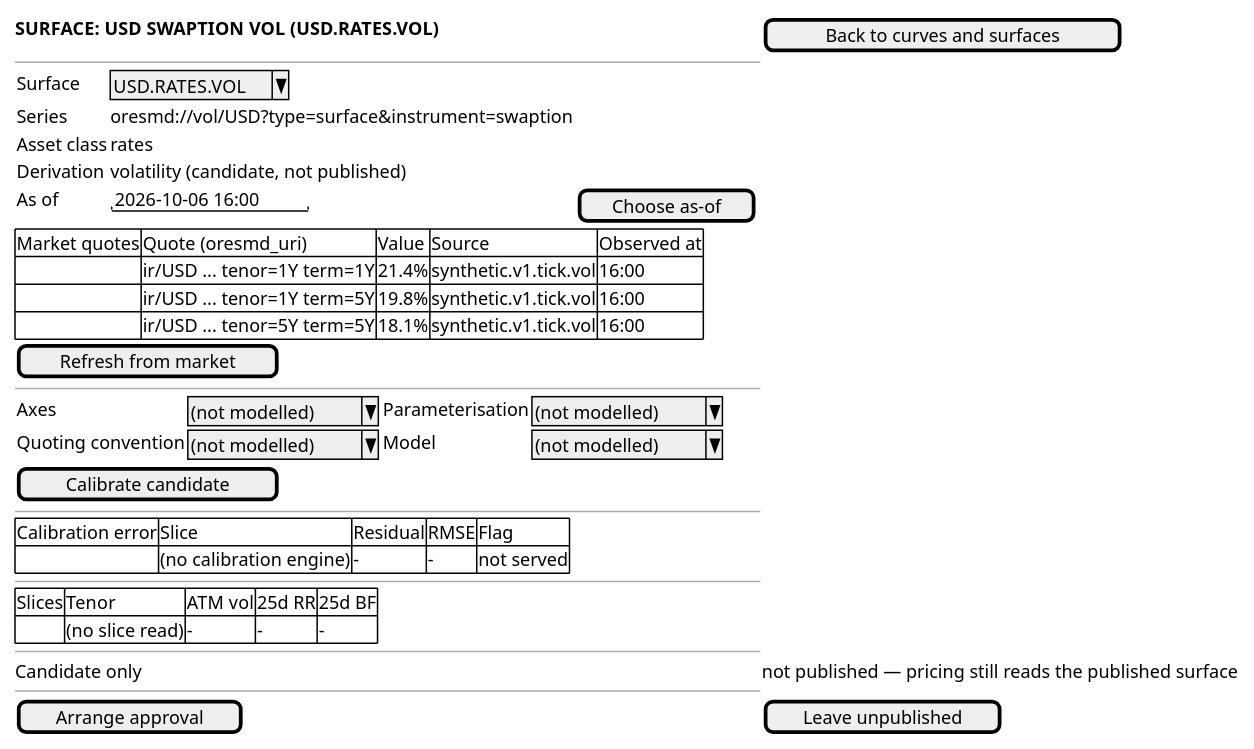
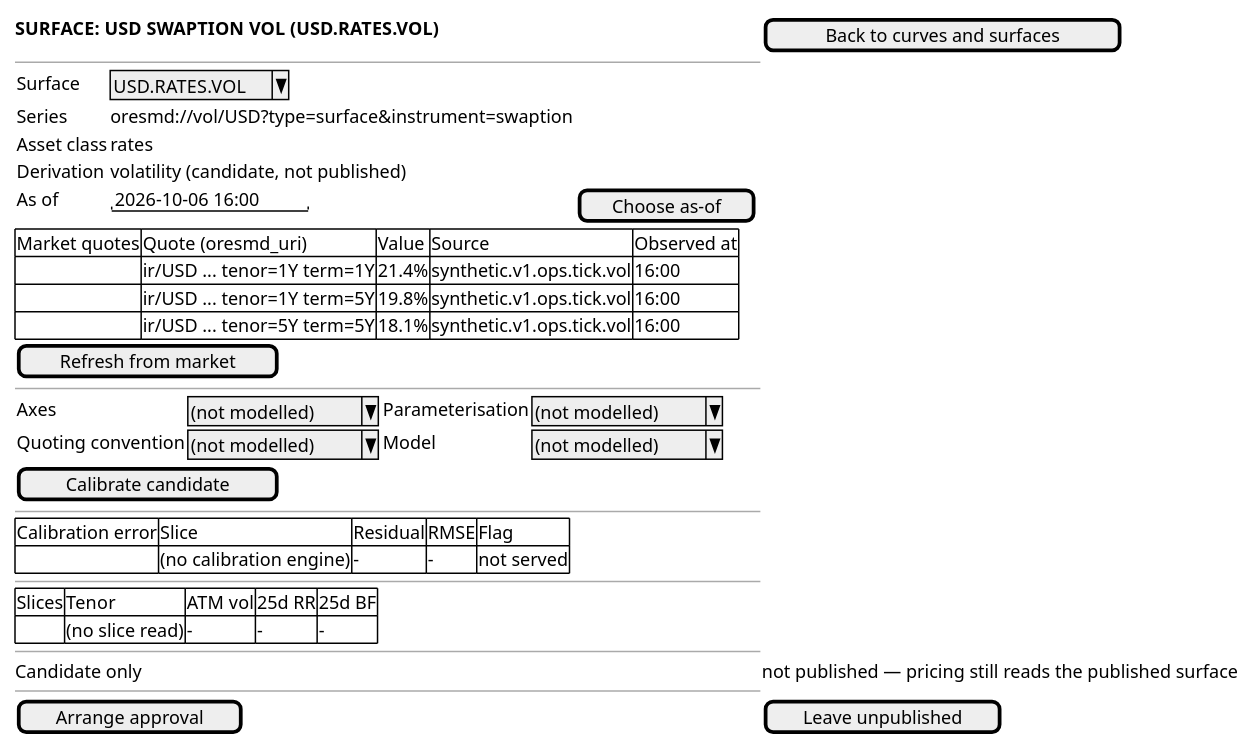
Before and after one commit to OreStudio/OreStudio: the diagram in doc/knowledge/journeys/market_data/wireframe_calibrate-or-refresh-a-surface.puml, drawn with PlantUML. The commit also changed 52 other files, not shown here.

```diff
--- a/doc/knowledge/journeys/market_data/wireframe_calibrate-or-refresh-a-surface.puml
+++ b/doc/knowledge/journeys/market_data/wireframe_calibrate-or-refresh-a-surface.puml
@@ -18,43 +18,43 @@
 @startuml
 
 salt
 {
   <b>SURFACE: USD SWAPTION VOL (USD.RATES.VOL)</b> | [ Back to curves and surfaces ]
   --
   {
     Surface | ^USD.RATES.VOL^
     Series | oresmd://vol/USD?type=surface&instrument=swaption
     Asset class | rates
     Derivation | volatility (candidate, not published)
     As of | "2026-10-06 16:00" | [ Choose as-of ]
   }
   {#
     Market quotes | Quote (oresmd_uri) | Value | Source | Observed at
-    . | ir/USD ... tenor=1Y term=1Y | 21.4% | synthetic.v1.tick.vol | 16:00
-    . | ir/USD ... tenor=1Y term=5Y | 19.8% | synthetic.v1.tick.vol | 16:00
-    . | ir/USD ... tenor=5Y term=5Y | 18.1% | synthetic.v1.tick.vol | 16:00
+    . | ir/USD ... tenor=1Y term=1Y | 21.4% | synthetic.v1.ops.tick.vol | 16:00
+    . | ir/USD ... tenor=1Y term=5Y | 19.8% | synthetic.v1.ops.tick.vol | 16:00
+    . | ir/USD ... tenor=5Y term=5Y | 18.1% | synthetic.v1.ops.tick.vol | 16:00
   }
   [ Refresh from market ]
   --
   {
     Axes | ^(not modelled)^ | Parameterisation | ^(not modelled)^
     Quoting convention | ^(not modelled)^ | Model | ^(not modelled)^
   }
   [ Calibrate candidate ]
   --
   {#
     Calibration error | Slice | Residual | RMSE | Flag
     . | (no calibration engine) | - | - | not served
   }
   --
   {#
     Slices | Tenor | ATM vol | 25d RR | 25d BF
     . | (no slice read) | - | - | -
   }
   --
   Candidate only | not published — pricing still reads the published surface
   --
   [ Arrange approval ] | [ Leave unpublished ]
 }
 
 @enduml
```
